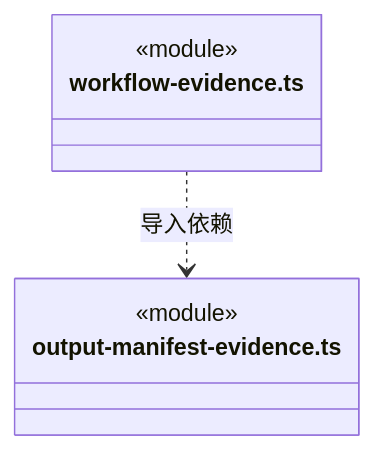
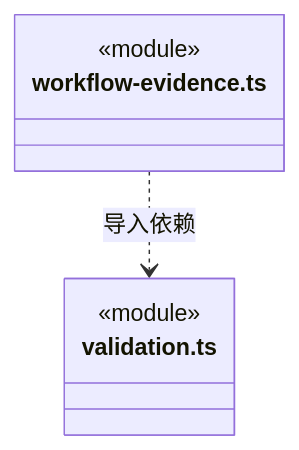
One commit to nan023062/cbim changed diagram 46 of 46 in src/logic/evidence/rules/ARCHITECTURE.md. Above: the diagram before and after it, drawn with Mermaid. The commit also changed other lines of this file and 112 other files, not shown here.

Commit message:
docs: align source architecture with current declarations and contracts

````diff
--- a/src/logic/evidence/rules/ARCHITECTURE.md
+++ b/src/logic/evidence/rules/ARCHITECTURE.md
@@ -1077,10 +1062,10 @@
 ```mermaid
 classDiagram
 class N_src_logic_evidence_rules_workflow_evidence_ts["workflow-evidence.ts"] {
   <<module>>
 }
-class N_src_logic_evidence_rules_output_manifest_evidence_ts["output-manifest-evidence.ts"] {
+class N_src_logic_evidence_rules_validation_ts["validation.ts"] {
   <<module>>
 }
-N_src_logic_evidence_rules_workflow_evidence_ts ..> N_src_logic_evidence_rules_output_manifest_evidence_ts : 导入依赖
+N_src_logic_evidence_rules_workflow_evidence_ts ..> N_src_logic_evidence_rules_validation_ts : 导入依赖
 ```
````
